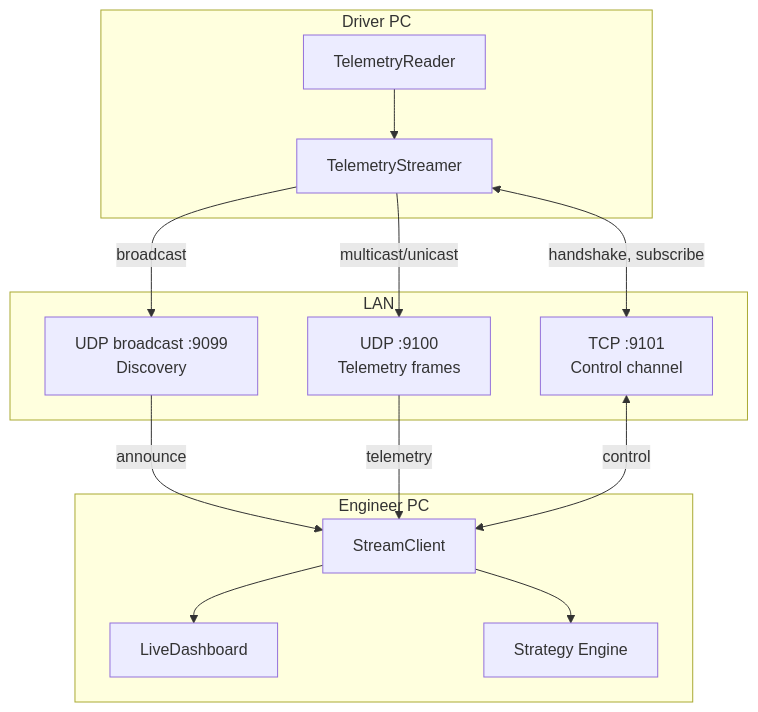
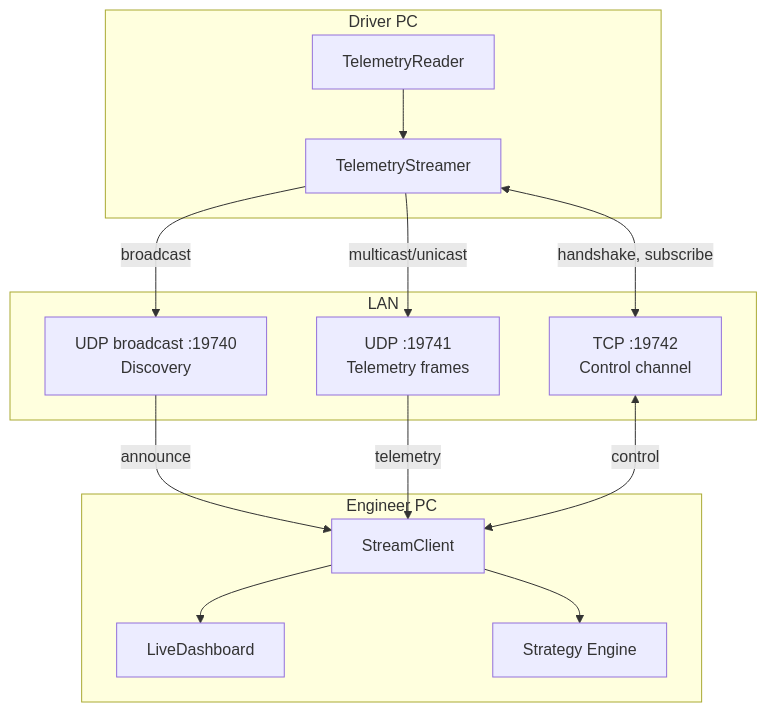
Before and after one commit to SeamusMullan/TeleMU: the second of 3 diagrams in docs/docs/streaming/overview.md, drawn with Mermaid. The commit also changed other lines of this file and 5 other files, not shown here.

````diff
--- a/docs/docs/streaming/overview.md
+++ b/docs/docs/streaming/overview.md
@@ -36,25 +36,25 @@
 ```mermaid
 flowchart TD
     subgraph DriverPC["Driver PC"]
         Reader["TelemetryReader"] --> Streamer["TelemetryStreamer"]
     end
 
     subgraph Network["LAN"]
-        UDP["UDP :9100<br/>Telemetry frames"]
-        TCP["TCP :9101<br/>Control channel"]
-        Discovery["UDP broadcast :9099<br/>Discovery"]
+        UDP["UDP :19741<br/>Telemetry frames"]
+        TCP["TCP :19742<br/>Control channel"]
+        Discovery["UDP broadcast :19740<br/>Discovery"]
     end
 
     subgraph EngineerPC["Engineer PC"]
         Client["StreamClient"] --> Dashboard["LiveDashboard"]
         Client --> Strategy["Strategy Engine"]
     end
 
     Streamer -->|"broadcast"| Discovery
     Streamer -->|"multicast/unicast"| UDP
     Streamer <-->|"handshake, subscribe"| TCP
 
     Discovery -->|"announce"| Client
     UDP -->|"telemetry"| Client
     TCP <-->|"control"| Client
 ```
````
